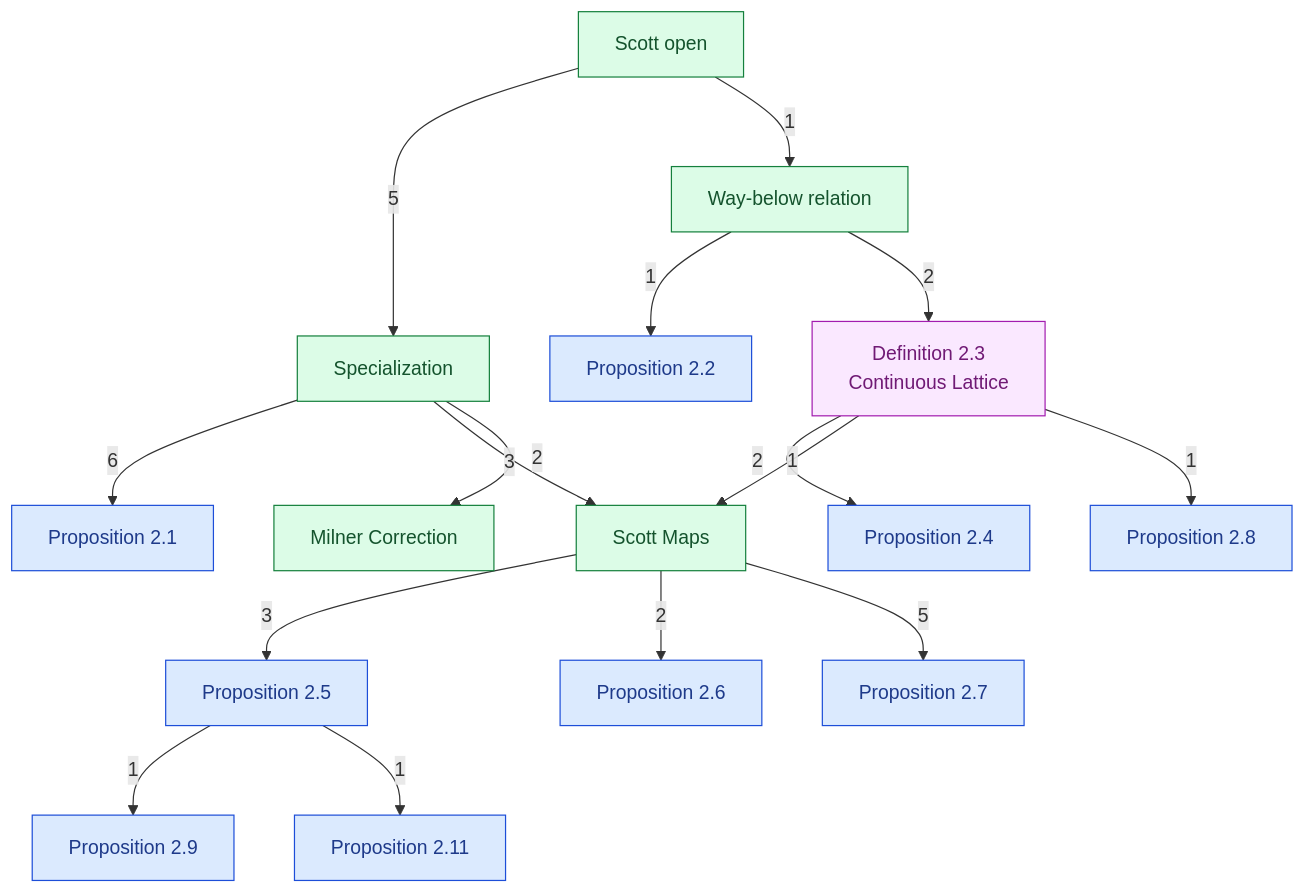
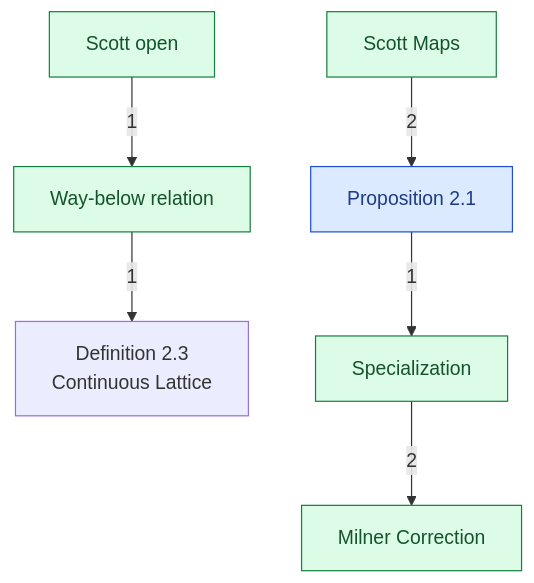
The diagram in DomainTheory/1972_Continuous_lattices.mermaid (catskillsresearch/DomainTheory), drawn with Mermaid before and after one commit. The commit also changed 448 other files, not shown here.

First line of the commit message:
Improve arxiv flatten/PDF pipeline and refresh dependency diagrams.

```diff
--- a/DomainTheory/1972_Continuous_lattices.mermaid
+++ b/DomainTheory/1972_Continuous_lattices.mermaid
@@ -1,42 +1,26 @@
 %% Notes of section 2, continuous lattices, in the paper's order.
 %% Theorem 2.12 is filed in section 3, after the corrected Proposition 2.10.
 %% Arrowhead on the importer. The number is a direct-import count.
 %% An arrow already implied by a longer path is omitted.
 %% The flawed proof of Proposition 2.10 has no Lean files.
 flowchart TB
+
+  D23["Definition 2.3\nContinuous Lattice"]
+  MC["Milner Correction"]
+  P21["Proposition 2.1"]
+  SM["Scott Maps"]
+  SO["Scott open"]
   SP["Specialization"]
-  SO["Scott open"]
-  P21["Proposition 2.1"]
   WB["Way-below relation"]
-  P22["Proposition 2.2"]
-  D23["Definition 2.3\nContinuous Lattice"]
-  P24["Proposition 2.4"]
-  SM["Scott Maps"]
-  MC["Milner Correction"]
-  P25["Proposition 2.5"]
-  P26["Proposition 2.6"]
-  P27["Proposition 2.7"]
-  P28["Proposition 2.8"]
-  P29["Proposition 2.9"]
-  P211["Proposition 2.11"]
-  SO -->|"5"| SP
+
+  WB -->|"1"| D23
+  SP -->|"2"| MC
+  SM -->|"2"| P21
+  P21 -->|"1"| SP
   SO -->|"1"| WB
-  SP -->|"6"| P21
-  SP -->|"3"| SM
-  SP -->|"2"| MC
-  WB -->|"1"| P22
-  WB -->|"2"| D23
-  D23 -->|"2"| P24
-  D23 -->|"1"| SM
-  D23 -->|"1"| P28
-  SM -->|"3"| P25
-  SM -->|"2"| P26
-  SM -->|"5"| P27
-  P25 -->|"1"| P29
-  P25 -->|"1"| P211
+
   classDef concept fill:#dcfce7,stroke:#15803d,color:#14532d
   classDef numbered fill:#dbeafe,stroke:#1d4ed8,color:#1e3a8a
   classDef definition fill:#fae8ff,stroke:#a21caf,color:#701a75
   class SP,SO,WB,SM,MC concept
-  class D23 definition
-  class P21,P22,P24,P25,P26,P27,P28,P29,P211 numbered
+  class P21,P211 numbered
```
